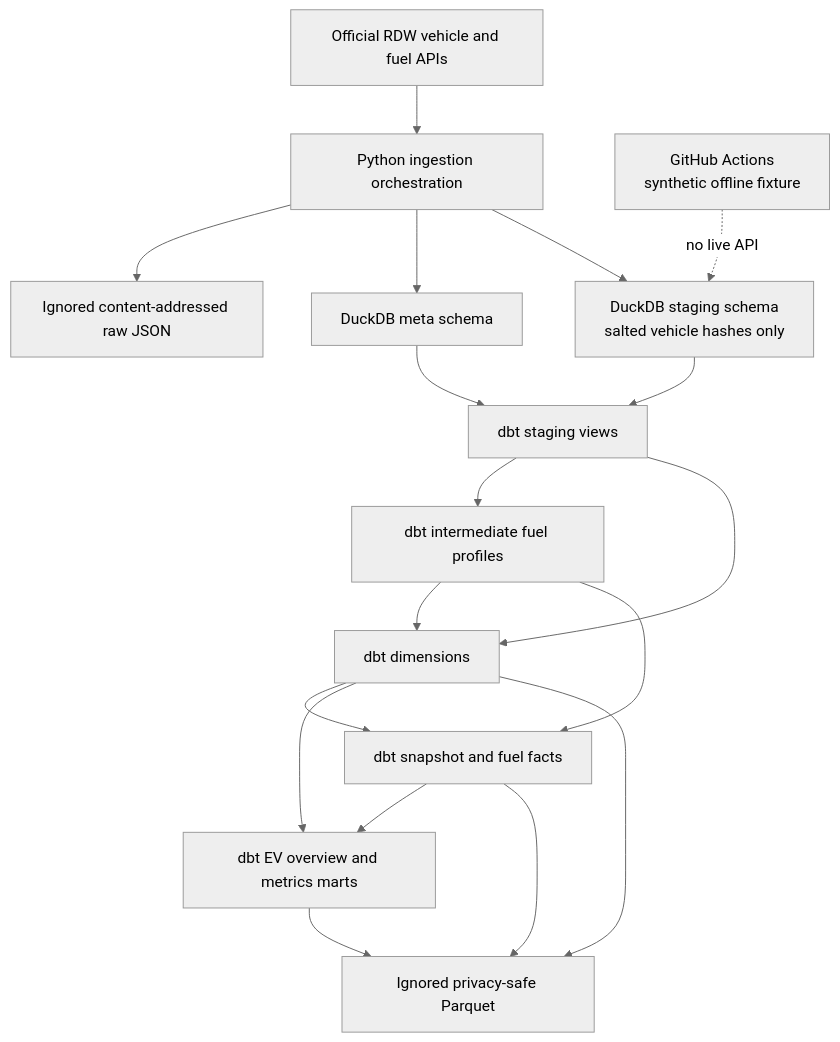
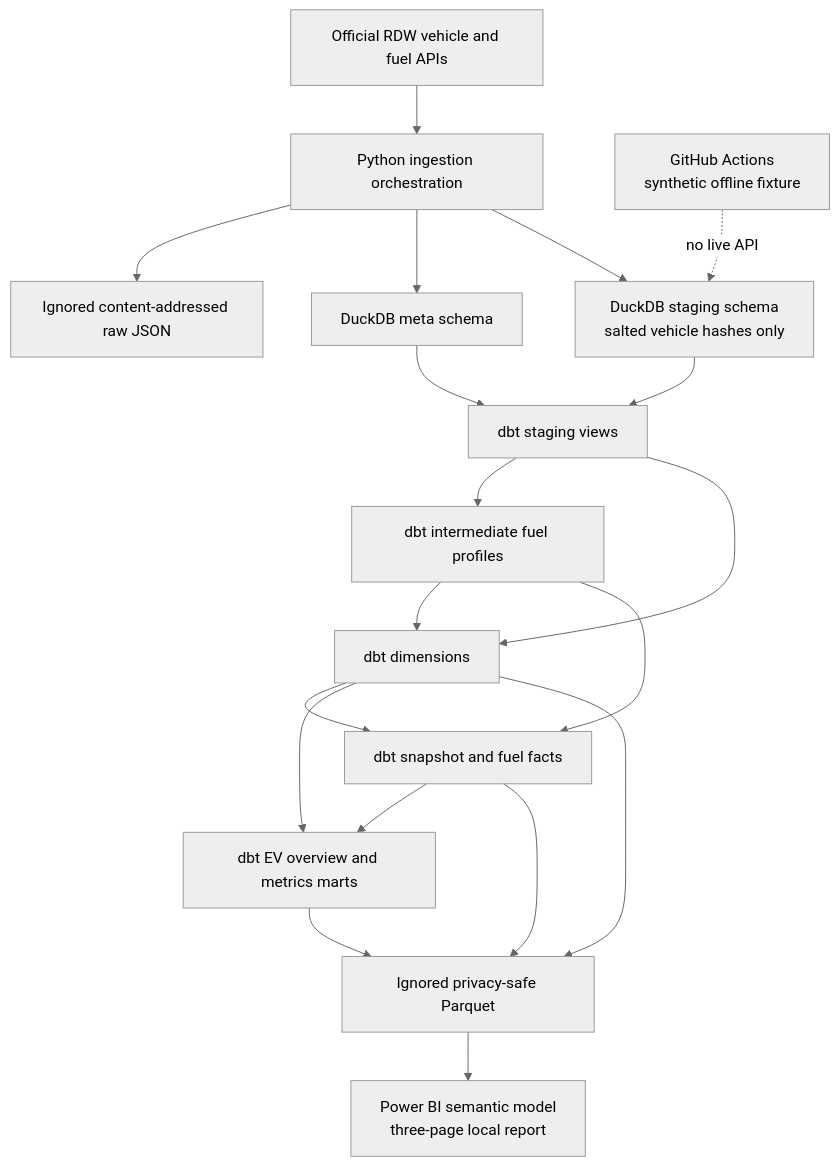
One commit to jingboli8/dutch-ev-data-platform changed the diagram in README.md. Above: the diagram before and after it, drawn with Mermaid (neutral theme). The commit also changed other lines of this file and 57 other files, not shown here.

Commit message:
feat: add three-page Power BI dashboard and documentation (#3)

````diff
--- a/README.md
+++ b/README.md
@@ -25,33 +29,35 @@
 ```mermaid
 flowchart TD
     RDW["Official RDW vehicle and fuel APIs"]
     PY["Python ingestion orchestration"]
     RAW["Ignored content-addressed raw JSON"]
     META["DuckDB meta schema"]
     STAGE["DuckDB staging schema<br/>salted vehicle hashes only"]
     DBTS["dbt staging views"]
     INT["dbt intermediate fuel profiles"]
     DIMS["dbt dimensions"]
     FACTS["dbt snapshot and fuel facts"]
     MARTS["dbt EV overview and metrics marts"]
     PARQUET["Ignored privacy-safe Parquet"]
+    PBI["Power BI semantic model<br/>three-page local report"]
     CI["GitHub Actions<br/>synthetic offline fixture"]
 
     RDW --> PY
     PY --> RAW
     PY --> META
     PY --> STAGE
     STAGE --> DBTS
     META --> DBTS
     DBTS --> INT
     DBTS --> DIMS
     INT --> DIMS
     DIMS --> FACTS
     INT --> FACTS
     FACTS --> MARTS
     DIMS --> MARTS
     MARTS --> PARQUET
     DIMS --> PARQUET
     FACTS --> PARQUET
+    PARQUET --> PBI
     CI -. no live API .-> STAGE
 ```
````
